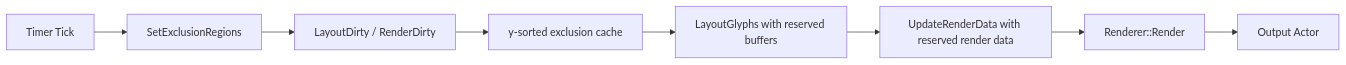
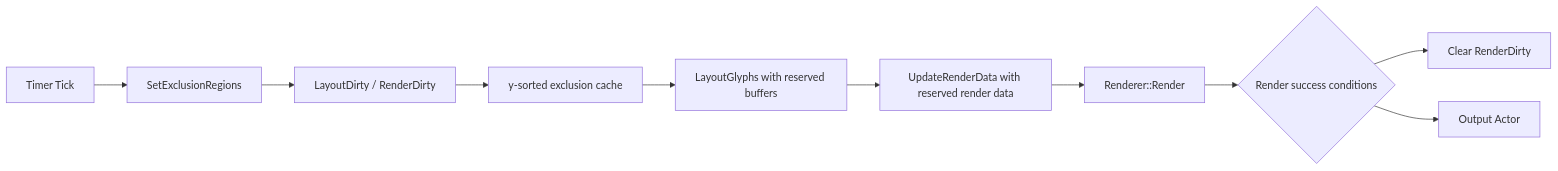
The diagram in docs/text-visualizer/15-current-optimization-status.ko.md (wonrst/dali-ui), drawn with Mermaid before and after one commit. The commit also changed other lines of this file and 4 other files, not shown here.

Commit message:
Add TextVisualizer render dirty clear condition

````diff
--- a/docs/text-visualizer/15-current-optimization-status.ko.md
+++ b/docs/text-visualizer/15-current-optimization-status.ko.md
@@ -276,10 +310,12 @@
 ```mermaid
 flowchart LR
   A[Timer Tick] --> B[SetExclusionRegions]
   B --> C[LayoutDirty / RenderDirty]
   C --> D[y-sorted exclusion cache]
   D --> E[LayoutGlyphs with reserved buffers]
   E --> F[UpdateRenderData with reserved render data]
   F --> G[Renderer::Render]
-  G --> H[Output Actor]
+  G --> H{Render success conditions}
+  H --> I[Clear RenderDirty]
+  H --> J[Output Actor]
 ```
````
